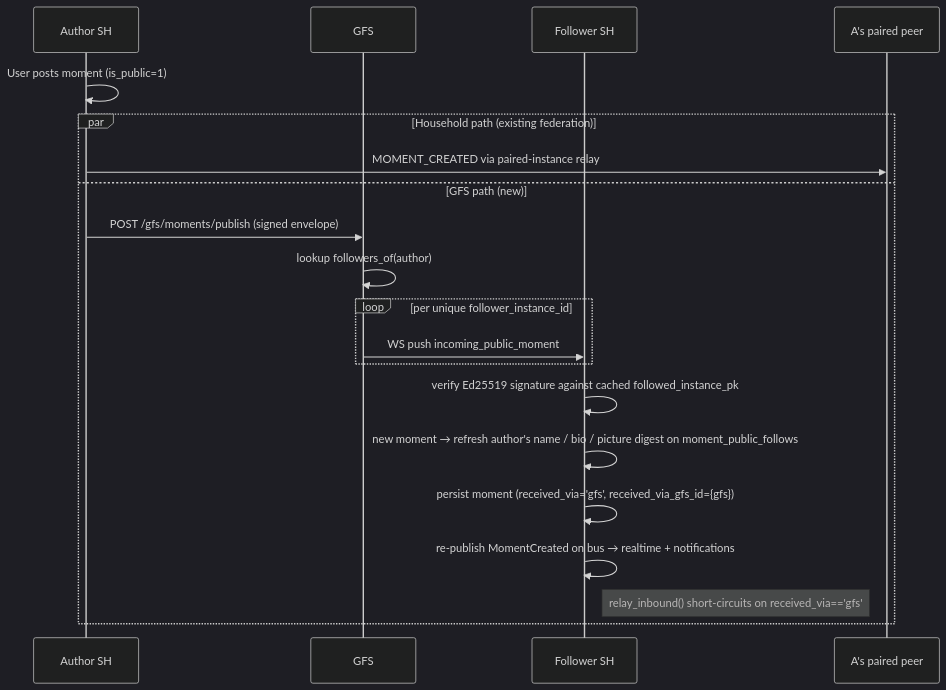
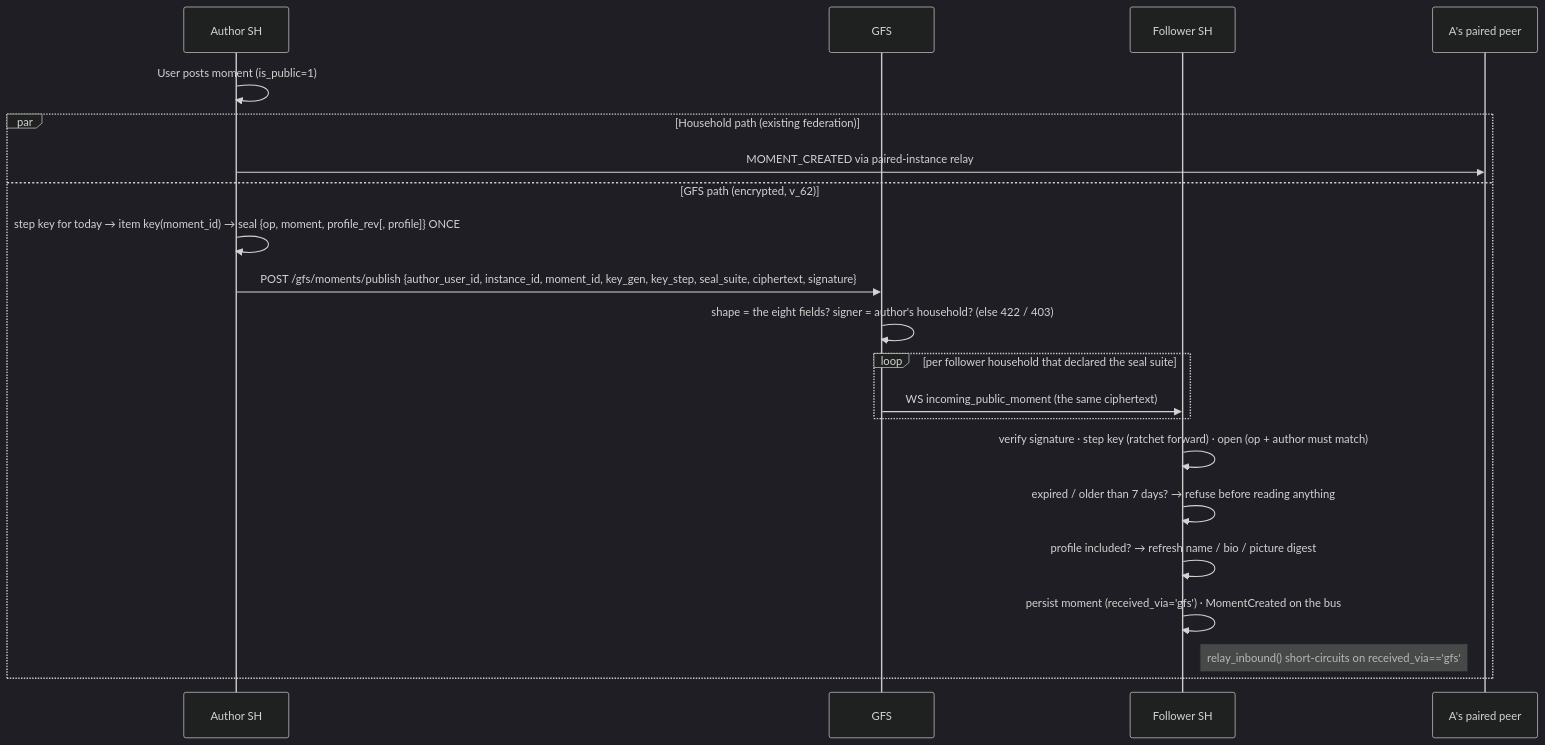
One commit to social-home-io/socialhome changed the second of 4 diagrams in docs/protocol/momentum_public.md. Above: the diagram before and after it, drawn with Mermaid (dark theme). The commit also changed other lines of this file and 68 other files, not shown here.

First line of the commit message:
Public moments are encrypted from the GFS (v_62)

````diff
--- a/docs/protocol/momentum_public.md
+++ b/docs/protocol/momentum_public.md
@@ -124,23 +209,24 @@
 ```mermaid
 sequenceDiagram
   participant A as Author SH
   participant G as GFS
   participant B as Follower SH
   participant P as A's paired peer
 
   A->>A: User posts moment (is_public=1)
   par Household path (existing federation)
     A->>P: MOMENT_CREATED via paired-instance relay
-  and GFS path (new)
-    A->>G: POST /gfs/moments/publish (signed envelope)
-    G->>G: lookup followers_of(author)
-    loop per unique follower_instance_id
-      G->>B: WS push incoming_public_moment
+  and GFS path (encrypted, v_62)
+    A->>A: step key for today → item key(moment_id) → seal {op, moment, profile_rev[, profile]} ONCE
+    A->>G: POST /gfs/moments/publish {author_user_id, instance_id, moment_id, key_gen, key_step, seal_suite, ciphertext, signature}
+    G->>G: shape = the eight fields? signer = author's household? (else 422 / 403)
+    loop per follower household that declared the seal suite
+      G->>B: WS incoming_public_moment (the same ciphertext)
     end
-    B->>B: verify Ed25519 signature against cached followed_instance_pk
-    B->>B: new moment → refresh author's name / bio / picture digest on moment_public_follows
-    B->>B: persist moment (received_via='gfs', received_via_gfs_id={gfs})
-    B->>B: re-publish MomentCreated on bus → realtime + notifications
+    B->>B: verify signature · step key (ratchet forward) · open (op + author must match)
+    B->>B: expired / older than 7 days? → refuse before reading anything
+    B->>B: profile included? → refresh name / bio / picture digest
+    B->>B: persist moment (received_via='gfs') · MomentCreated on the bus
     Note right of B: relay_inbound() short-circuits on received_via=='gfs'
   end
 ```
````
